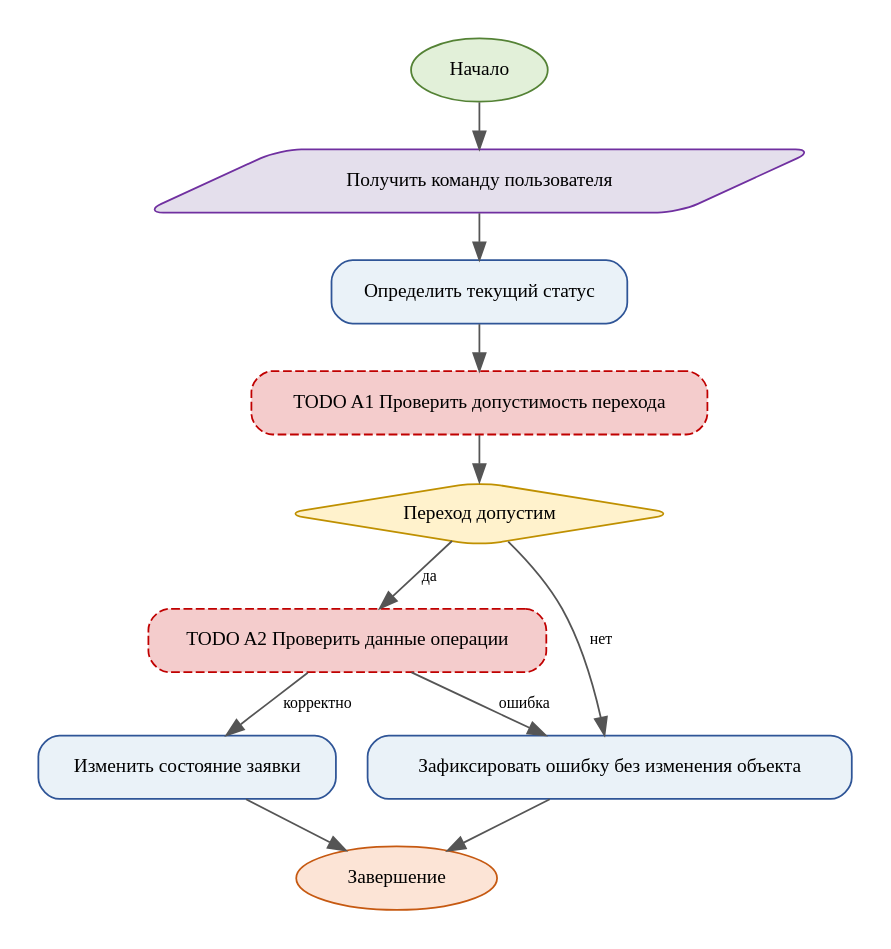
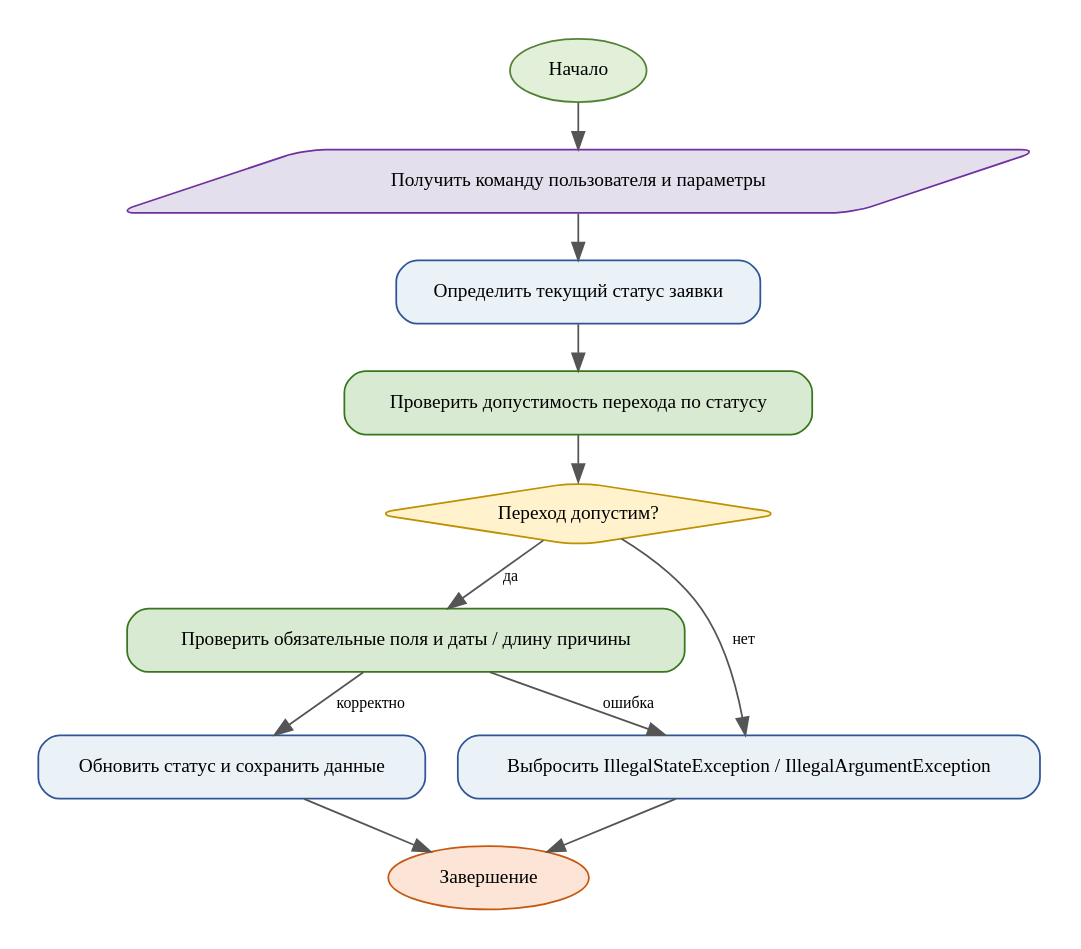
Before and after one commit to d1nexer/JavaLearning: the diagram in PR8/activity_partial.dot, drawn with Graphviz. The commit also changed 3 other files, not shown here.

```diff
--- a/PR8/activity_partial.dot
+++ b/PR8/activity_partial.dot
@@ -1,24 +1,24 @@
 digraph G {
 graph [rankdir=TB, bgcolor="white", pad=0.2, nodesep=0.25, ranksep=0.35];
 node [shape=box, style="rounded,filled", fontname="Times New Roman", fontsize=11, color="#2F5597", fillcolor="#EAF2F8", margin="0.12,0.08"];
 edge [fontname="Times New Roman", fontsize=9, color="#555555"];
 start [label="Начало", shape=oval, fillcolor="#E2F0D9", color="#548235"];
 end [label="Завершение", shape=oval, fillcolor="#FCE4D6", color="#C65911"];
-n1 [label="Получить команду пользователя" ,shape=parallelogram,fillcolor="#E4DFEC",color="#7030A0"];
-n2 [label="Определить текущий статус" ];
-n3 [label="TODO A1 Проверить допустимость перехода" ,fillcolor="#F4CCCC",color="#C00000",style="rounded,dashed,filled"];
-n4 [label="Переход допустим" ,shape=diamond,fillcolor="#FFF2CC",color="#BF9000"];
-n5 [label="TODO A2 Проверить данные операции" ,fillcolor="#F4CCCC",color="#C00000",style="rounded,dashed,filled"];
-n6 [label="Изменить состояние заявки" ];
-n7 [label="Зафиксировать ошибку без изменения объекта" ];
+n1 [label="Получить команду пользователя и параметры" ,shape=parallelogram,fillcolor="#E4DFEC",color="#7030A0"];
+n2 [label="Определить текущий статус заявки" ];
+n3 [label="Проверить допустимость перехода по статусу" ,fillcolor="#D9EAD3",color="#38761D"];
+n4 [label="Переход допустим?" ,shape=diamond,fillcolor="#FFF2CC",color="#BF9000"];
+n5 [label="Проверить обязательные поля и даты / длину причины" ,fillcolor="#D9EAD3",color="#38761D"];
+n6 [label="Обновить статус и сохранить данные" ];
+n7 [label="Выбросить IllegalStateException / IllegalArgumentException" ];
 start -> n1;
 n1 -> n2;
 n2 -> n3;
 n3 -> n4;
 n4 -> n5 [label="да"];
 n4 -> n7 [label="нет"];
 n5 -> n6 [label="корректно"];
 n5 -> n7 [label="ошибка"];
 n6 -> end;
 n7 -> end;
 }
```
